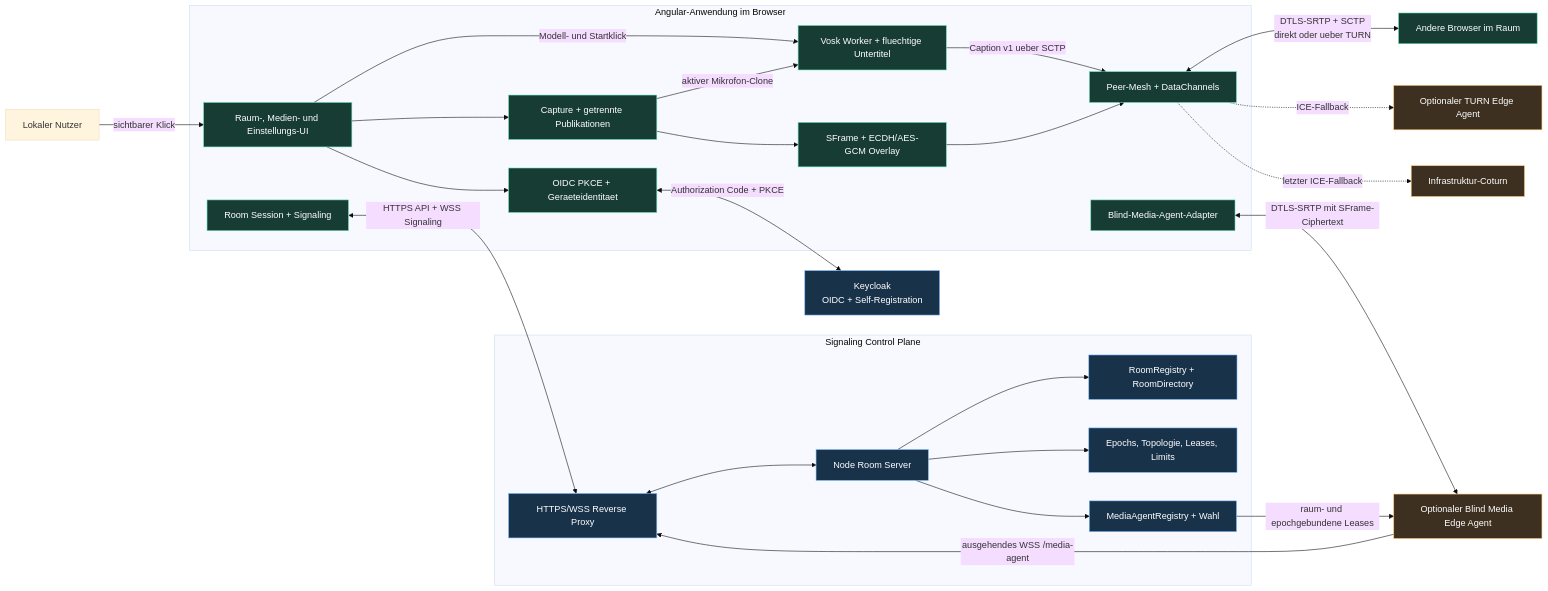
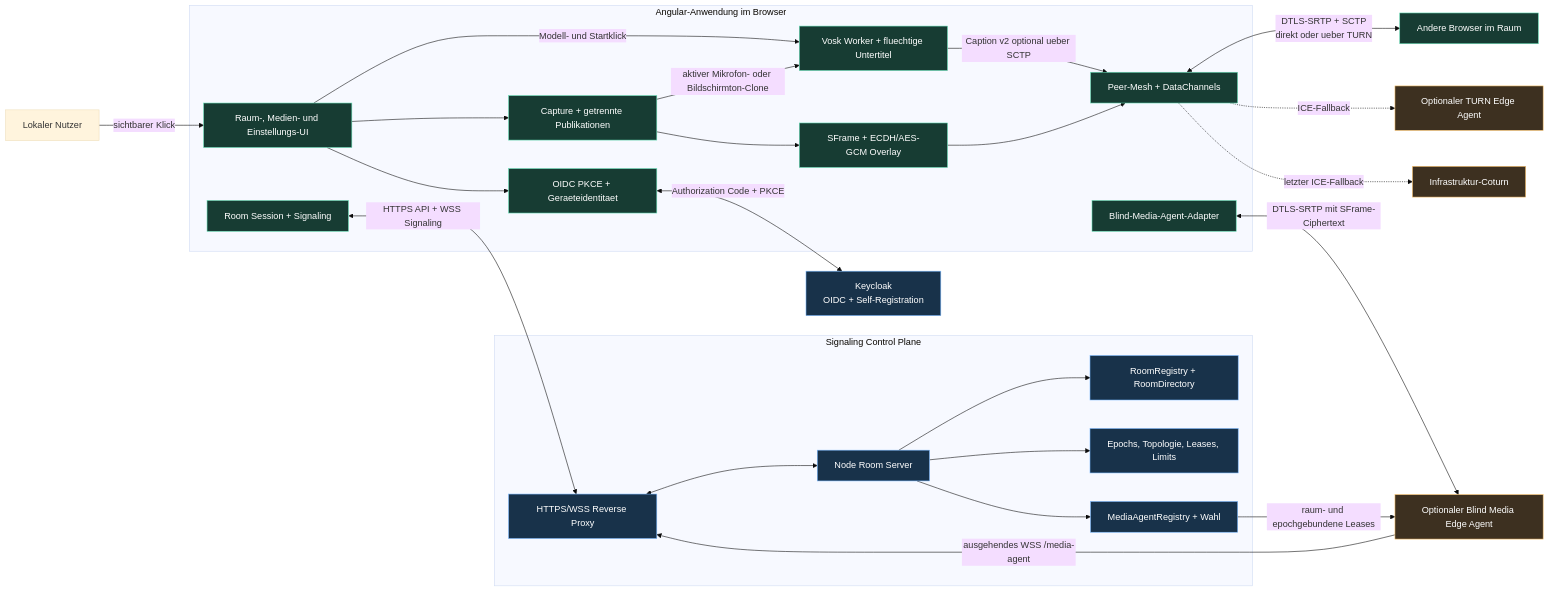
One commit to ananta888/webrtc-minimize-server changed the first of 14 diagrams in docs/current-architecture-uml.md. Above: the diagram before and after it, drawn with Mermaid (base theme). The commit also changed other lines of this file and 18 other files, not shown here.

````diff
--- a/docs/current-architecture-uml.md
+++ b/docs/current-architecture-uml.md
@@ -29,59 +30,59 @@
 ```mermaid
 flowchart LR
     User["Lokaler Nutzer"]
 
     subgraph Browser["Angular-Anwendung im Browser"]
         UI["Raum-, Medien- und Einstellungs-UI"]
         Auth["OIDC PKCE + Geraeteidentitaet"]
         Session["Room Session + Signaling"]
         Mesh["Peer-Mesh + DataChannels"]
         Media["Capture + getrennte Publikationen"]
         Captions["Vosk Worker + fluechtige Untertitel"]
         E2EE["SFrame + ECDH/AES-GCM Overlay"]
         AgentAdapter["Blind-Media-Agent-Adapter"]
     end
 
     subgraph Control["Signaling Control Plane"]
         Proxy["HTTPS/WSS Reverse Proxy"]
         Node["Node Room Server"]
         Membership["RoomRegistry + RoomDirectory"]
         Policy["Epochs, Topologie, Leases, Limits"]
         AgentRegistry["MediaAgentRegistry + Wahl"]
     end
 
     Keycloak["Keycloak\nOIDC + Self-Registration"]
     Other["Andere Browser im Raum"]
     InfraTurn["Infrastruktur-Coturn"]
     EdgeTurn["Optionaler TURN Edge Agent"]
     MediaAgent["Optionaler Blind Media Edge Agent"]
 
     User -->|"sichtbarer Klick"| UI
     UI --> Auth
     UI --> Media
     UI -->|"Modell- und Startklick"| Captions
-    Media -->|"aktiver Mikrofon-Clone"| Captions
+    Media -->|"aktiver Mikrofon- oder Bildschirmton-Clone"| Captions
     Auth <-->|"Authorization Code + PKCE"| Keycloak
     Session <-->|"HTTPS API + WSS Signaling"| Proxy
     Proxy <--> Node
     Node --> Membership
     Node --> Policy
     Node --> AgentRegistry
 
     Mesh <-->|"DTLS-SRTP + SCTP\ndirekt oder ueber TURN"| Other
-    Captions -->|"Caption v1 ueber SCTP"| Mesh
+    Captions -->|"Caption v2 optional ueber SCTP"| Mesh
     Mesh -.->|"ICE-Fallback"| EdgeTurn
     Mesh -.->|"letzter ICE-Fallback"| InfraTurn
     Media --> E2EE
     E2EE --> Mesh
 
     AgentAdapter <-->|"DTLS-SRTP mit SFrame-Ciphertext"| MediaAgent
     MediaAgent -->|"ausgehendes WSS /media-agent"| Proxy
     AgentRegistry -->|"raum- und epochgebundene Leases"| MediaAgent
 
     classDef control fill:#18324a,stroke:#79b8ff,color:#fff;
     classDef data fill:#173c33,stroke:#66e0b7,color:#fff;
     classDef relay fill:#3d3020,stroke:#ffc66d,color:#fff;
     class Node,Membership,Policy,AgentRegistry,Proxy,Keycloak control;
     class UI,Auth,Session,Mesh,Media,Captions,E2EE,AgentAdapter,Other data;
     class InfraTurn,EdgeTurn,MediaAgent relay;
 ```
````
